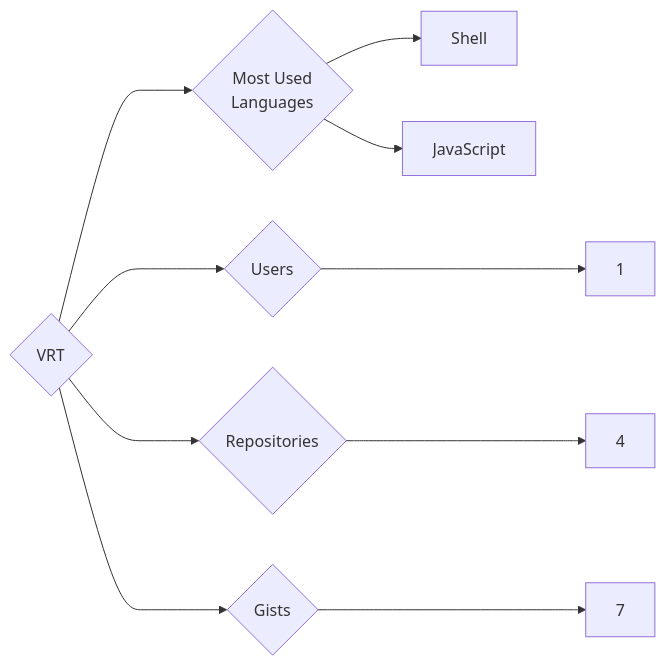
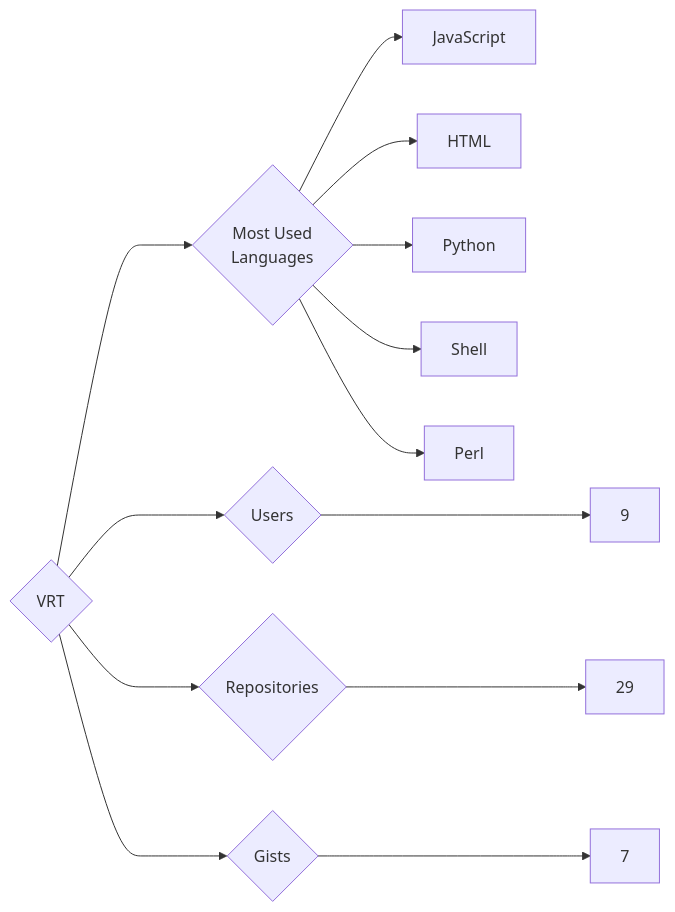
The diagram in targets/VRT/README.md (trickest/insiders), drawn with Mermaid before and after one commit. The commit also changed 995 other files, not shown here.

````diff
--- a/targets/VRT/README.md
+++ b/targets/VRT/README.md
@@ -3,10 +3,13 @@
 ```mermaid
 graph LR
 COMPANY_NAME{VRT}
-COMPANY_NAME ---> U{Users} ---> UN[1]
-COMPANY_NAME ---> R{Repositories} ---> RN[4]
+COMPANY_NAME ---> U{Users} ---> UN[9]
+COMPANY_NAME ---> R{Repositories} ---> RN[29]
 COMPANY_NAME ---> G{Gists} ---> GN[7]
 COMPANY_NAME ---> ML{Most Used<br>Languages}
+ML --> JavaScript[JavaScript]
+ML --> HTML[HTML]
+ML --> Python[Python]
 ML --> Shell[Shell]
-ML --> JavaScript[JavaScript]
+ML --> Perl[Perl]
 ```
````
